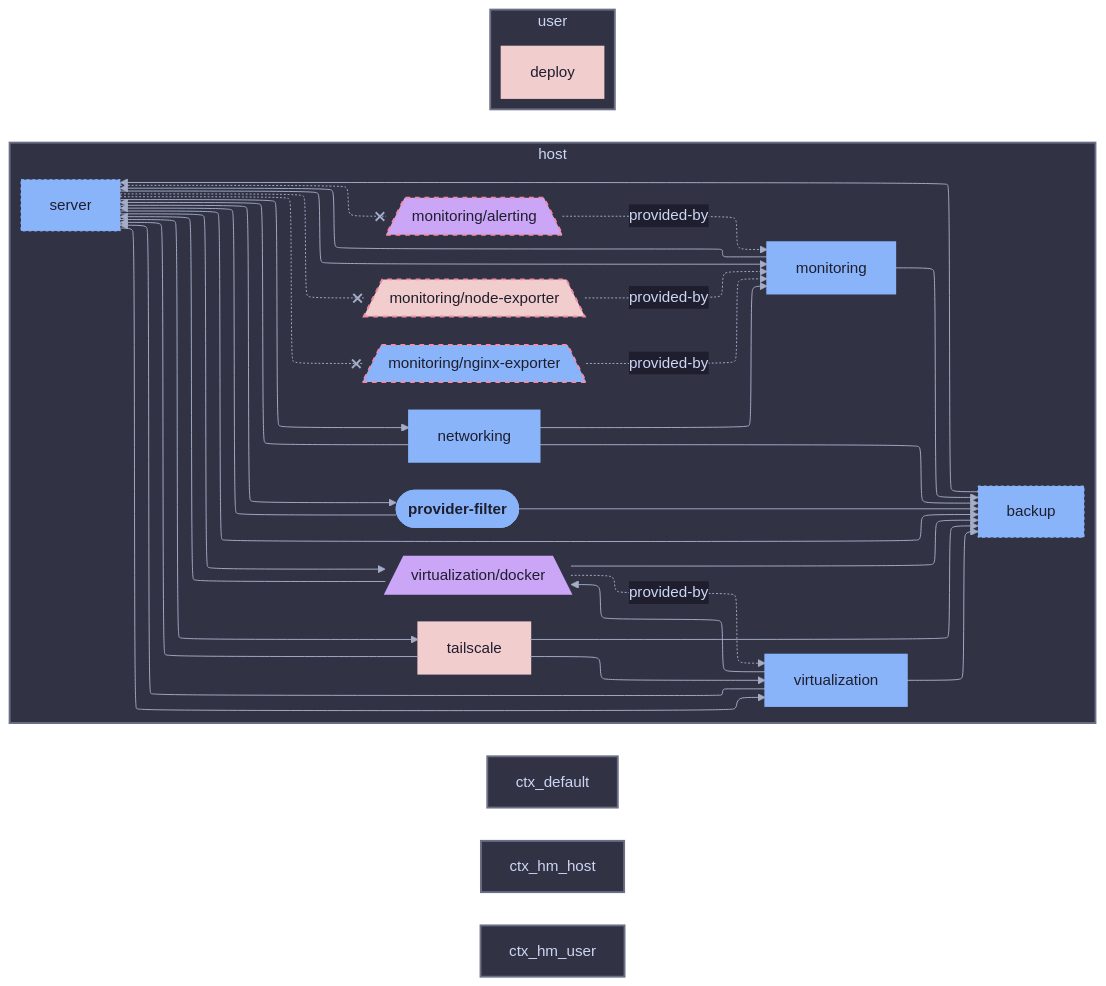
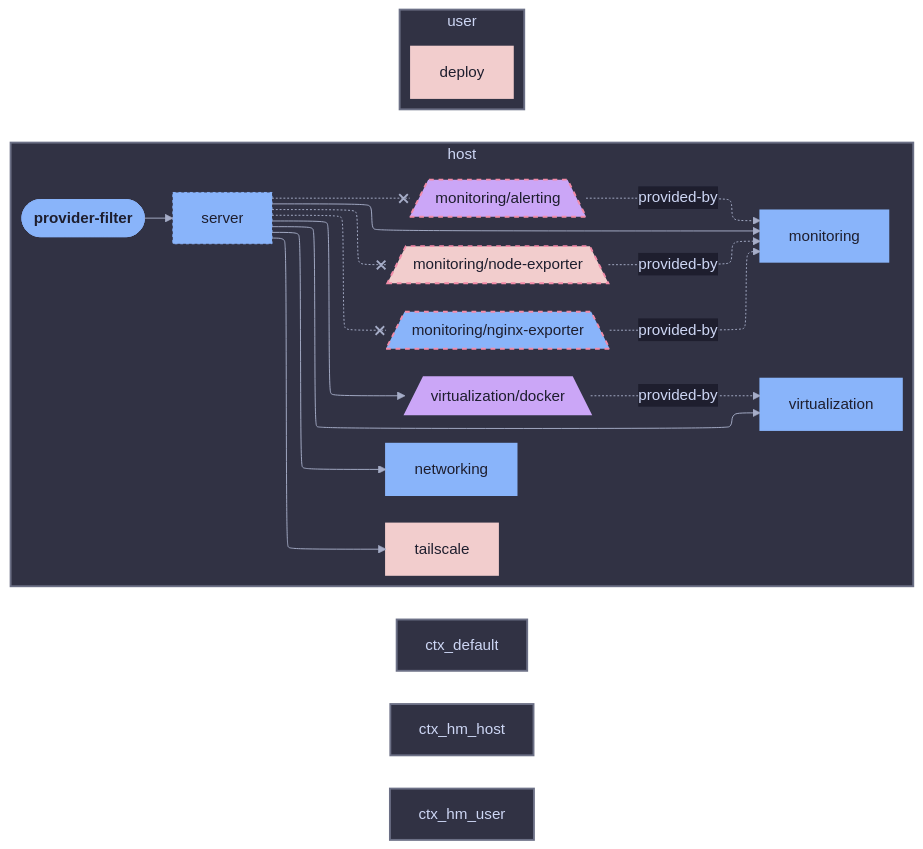
Before and after one commit to sini/den: the diagram in templates/diag-fx-demo/diagrams/provider-filter-class-nixos.md, drawn with Mermaid. The commit also changed 849 other files, not shown here.

Commit message:
chore: update fx diagrams

````diff
--- a/templates/diag-fx-demo/diagrams/provider-filter-class-nixos.md
+++ b/templates/diag-fx-demo/diagrams/provider-filter-class-nixos.md
@@ -5,72 +5,53 @@
 ```mermaid
 %%{init: {"elk":{"mergeEdges":true,"nodePlacementStrategy":"BRANDES_KOEPF"},"layout":"elk","theme":"base","themeVariables":{"activationBkgColor":"#313244","activationBorderColor":"#6c7086","actorBkg":"#313244","actorBorder":"#a6adc8","actorLineColor":"#a6adc8","actorTextColor":"#cdd6f4","background":"#1e1e2e","classText":"#cdd6f4","clusterBkg":"#313244","clusterBorder":"#6c7086","edgeLabelBackground":"#1e1e2e","labelBoxBkgColor":"#313244","labelBoxBorderColor":"#a6adc8","labelTextColor":"#cdd6f4","lineColor":"#a6adc8","loopTextColor":"#cdd6f4","mainBkg":"#313244","nodeBkg":"#313244","nodeBorder":"#a6adc8","nodeTextColor":"#cdd6f4","noteBkgColor":"#313244","noteBorderColor":"#6c7086","noteTextColor":"#cdd6f4","pie1":"#f38ba8","pie2":"#fab387","pie3":"#f9e2af","pie4":"#a6e3a1","pie5":"#94e2d5","pie6":"#89b4fa","pie7":"#cba6f7","pie8":"#f2cdcd","pieLegendTextColor":"#cdd6f4","pieOuterStrokeColor":"#6c7086","pieSectionTextColor":"#cdd6f4","pieStrokeColor":"#6c7086","pieTitleTextColor":"#cdd6f4","primaryBorderColor":"#a6adc8","primaryColor":"#313244","primaryTextColor":"#cdd6f4","secondBkg":"#313244","secondaryBorderColor":"#6c7086","secondaryColor":"#313244","secondaryTextColor":"#cdd6f4","sequenceNumberColor":"#1e1e2e","signalColor":"#a6adc8","signalTextColor":"#cdd6f4","tertiaryBorderColor":"#6c7086","tertiaryColor":"#313244","tertiaryTextColor":"#cdd6f4","textColor":"#cdd6f4","titleColor":"#cdd6f4"}}}%%
 graph LR
   provider_filter([provider-filter]):::root
 
   subgraph ctx_host["host"]
   monitoring__alerting[/"monitoring/alerting"\]:::monitoring__alerting_c
-  backup["backup"]:::backup_c
   virtualization__docker[/"virtualization/docker"\]:::virtualization__docker_c
   monitoring["monitoring"]:::monitoring_c
   networking["networking"]:::networking_c
   monitoring__nginx_exporter[/"monitoring/nginx-exporter"\]:::monitoring__nginx_exporter_c
   monitoring__node_exporter[/"monitoring/node-exporter"\]:::monitoring__node_exporter_c
   server["server"]:::server_c
   tailscale["tailscale"]:::tailscale_c
   virtualization["virtualization"]:::virtualization_c
-  backup --> server
-  monitoring --> backup
-  networking --> backup
-  provider_filter --> backup
-  server --> backup
-  tailscale --> backup
-  virtualization --> backup
-  virtualization__docker --> backup
-  monitoring --> server
-  networking --> server
   provider_filter --> server
-  tailscale --> server
-  virtualization --> server
-  virtualization__docker --> server
-  networking --> monitoring
   server -.-x monitoring__alerting
   server --> virtualization__docker
   server --> monitoring
   server --> networking
   server -.-x monitoring__nginx_exporter
   server -.-x monitoring__node_exporter
-  server --> provider_filter
   server --> tailscale
   server --> virtualization
-  tailscale --> virtualization
-  virtualization --> virtualization__docker
   monitoring__node_exporter -.->|provided-by| monitoring
   monitoring__nginx_exporter -.->|provided-by| monitoring
   monitoring__alerting -.->|provided-by| monitoring
   virtualization__docker -.->|provided-by| virtualization
   end
   subgraph ctx_user["user"]
   deploy["deploy"]:::deploy_c
 
   end
 
 
   classDef root fill:#89b4fa,stroke:#89b4fa,color:#1e1e2e,font-weight:bold
   classDef monitoring__alerting_c fill:#cba6f7,stroke:#f38ba8,color:#1e1e2e,stroke-dasharray: 5 5,stroke-width:2px
-  classDef backup_c fill:#89b4fa,stroke:#89b4fa,color:#1e1e2e,stroke-dasharray: 3 3,stroke-width:1px
   classDef deploy_c fill:#f2cdcd,stroke:#f2cdcd,color:#1e1e2e,stroke-width:2px
   classDef virtualization__docker_c fill:#cba6f7,stroke:#cba6f7,color:#1e1e2e,stroke-width:2px
   classDef monitoring_c fill:#89b4fa,stroke:#89b4fa,color:#1e1e2e,stroke-width:2px
   classDef networking_c fill:#89b4fa,stroke:#89b4fa,color:#1e1e2e,stroke-width:2px
   classDef monitoring__nginx_exporter_c fill:#89b4fa,stroke:#f38ba8,color:#1e1e2e,stroke-dasharray: 5 5,stroke-width:2px
   classDef monitoring__node_exporter_c fill:#f2cdcd,stroke:#f38ba8,color:#1e1e2e,stroke-dasharray: 5 5,stroke-width:2px
-  classDef provider_filter_c fill:#89b4fa,stroke:#89b4fa,color:#1e1e2e,stroke-width:3px
+  classDef provider_filter_c fill:#89b4fa,stroke:#89b4fa,color:#1e1e2e,stroke-width:2px
   classDef server_c fill:#89b4fa,stroke:#89b4fa,color:#1e1e2e,stroke-dasharray: 3 3,stroke-width:1px
   classDef tailscale_c fill:#f2cdcd,stroke:#f2cdcd,color:#1e1e2e,stroke-width:2px
   classDef virtualization_c fill:#89b4fa,stroke:#89b4fa,color:#1e1e2e,stroke-width:2px
 style ctx_host fill:#313244,stroke:#6c7086,stroke-width:2px
 style ctx_default fill:#313244,stroke:#6c7086,stroke-width:2px
 style ctx_hm_host fill:#313244,stroke:#6c7086,stroke-width:2px
 style ctx_hm_user fill:#313244,stroke:#6c7086,stroke-width:2px
 style ctx_user fill:#313244,stroke:#6c7086,stroke-width:2px
 ```
````
